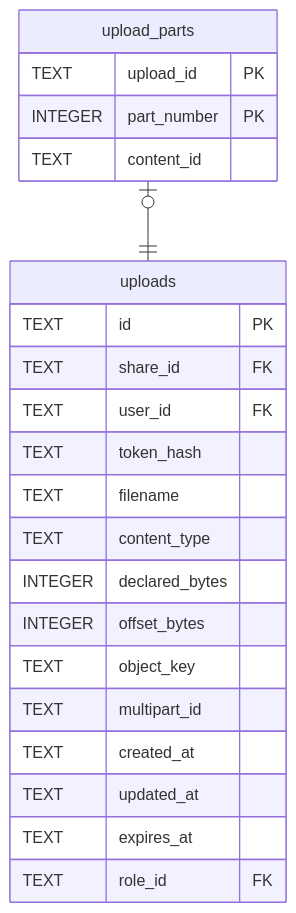
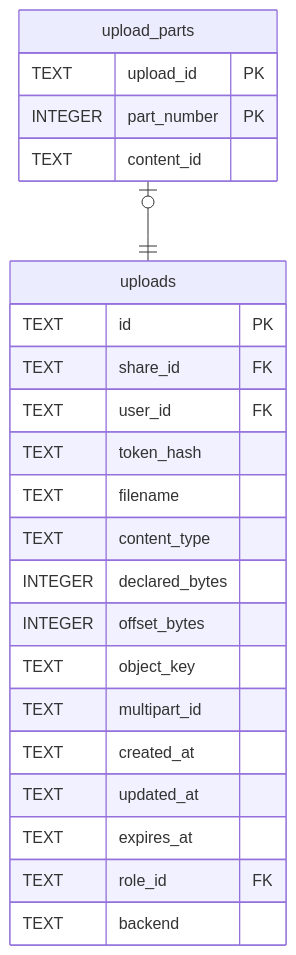
The diagram in docs/schema/upload_parts.md (Limatura/tessera), drawn with Mermaid before and after one commit. The commit also changed 17 other files, not shown here.

````diff
--- a/docs/schema/upload_parts.md
+++ b/docs/schema/upload_parts.md
@@ -47,27 +47,28 @@
 ```mermaid
 erDiagram
 
 "upload_parts" |o--|| "uploads" : ""
 
 "upload_parts" {
   TEXT upload_id PK
   INTEGER part_number PK
   TEXT content_id
 }
 "uploads" {
   TEXT id PK
   TEXT share_id FK
   TEXT user_id FK
   TEXT token_hash
   TEXT filename
   TEXT content_type
   INTEGER declared_bytes
   INTEGER offset_bytes
   TEXT object_key
   TEXT multipart_id
   TEXT created_at
   TEXT updated_at
   TEXT expires_at
   TEXT role_id FK
+  TEXT backend
 }
 ```
````
